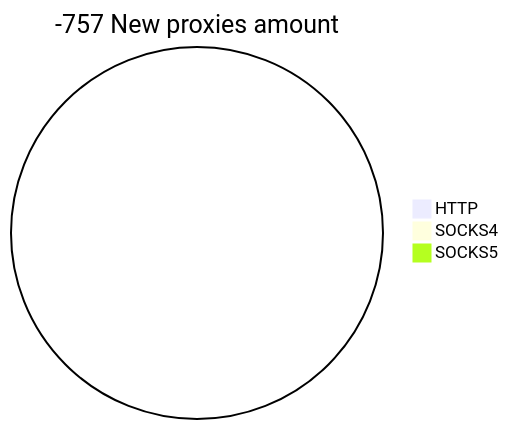
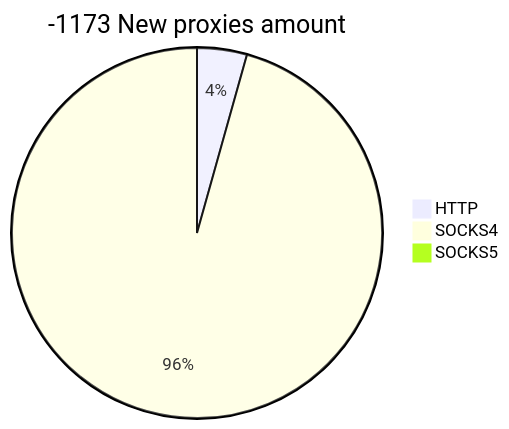
One commit to cutipu/proxylist changed the second of 2 diagrams in README.md. Above: the diagram before and after it, drawn with Mermaid. The commit also changed other lines of this file, not shown here.

````diff
--- a/README.md
+++ b/README.md
@@ -10,6 +10,6 @@
 ```mermaid
-pie title -757 New proxies amount
-    "HTTP" : 0
-    "SOCKS4" : 0
+pie title -1173 New proxies amount
+    "HTTP" : 29
+    "SOCKS4" : 638
     "SOCKS5" : 0
 ```
````
